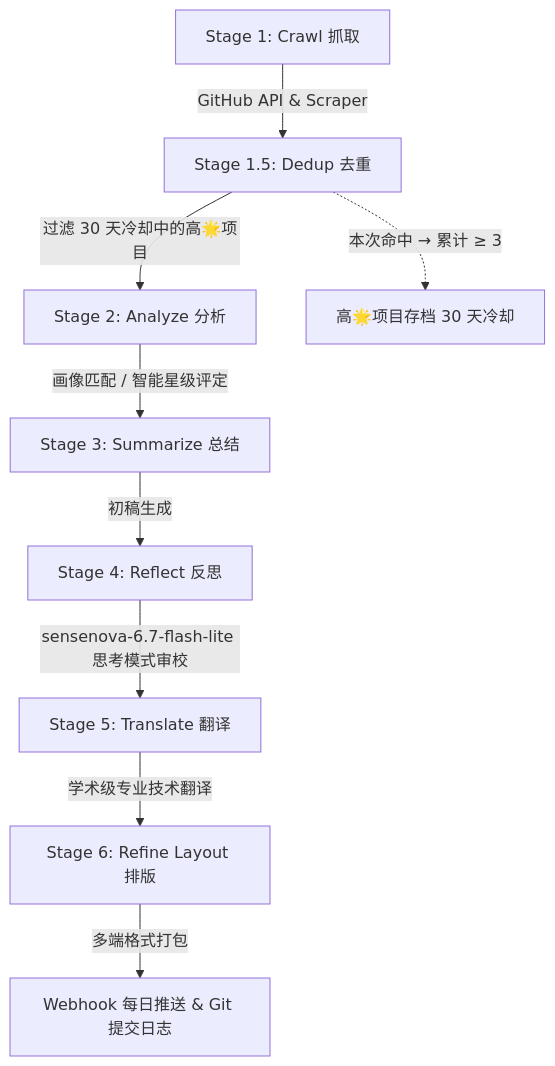
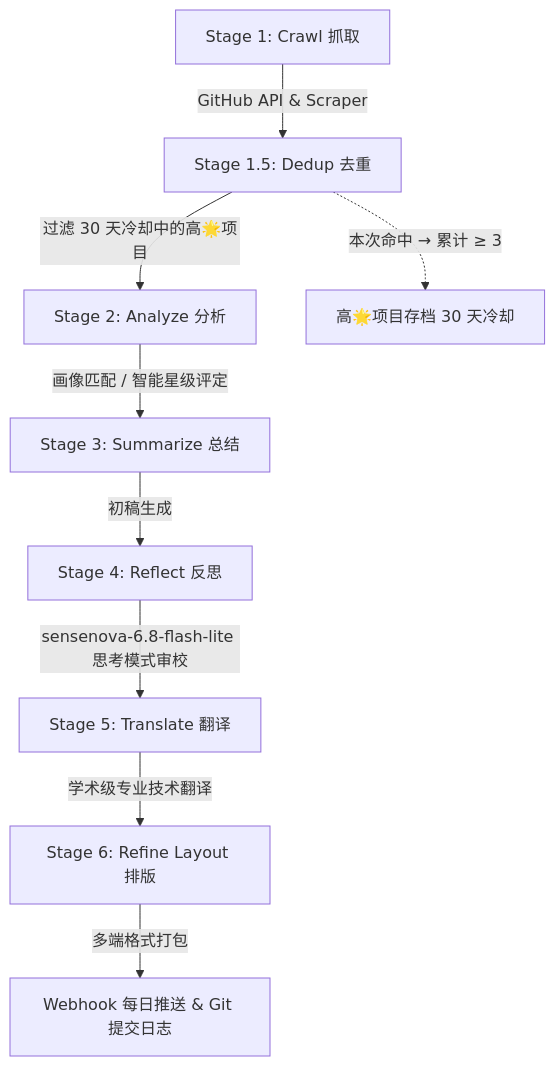
The diagram in README.md (Golden0Voyager/auto_github), drawn with Mermaid before and after one commit. The commit also changed other lines of this file and 3 other files, not shown here.

First line of the commit message:
fix(config): replace dead sensenova-6.7-flash-lite with 6.8-flash-lite

````diff
--- a/README.md
+++ b/README.md
@@ -29,11 +29,11 @@
 ```mermaid
 graph TD
     A[Stage 1: Crawl 抓取] -->|GitHub API & Scraper| B[Stage 1.5: Dedup 去重]
     B -->|过滤 30 天冷却中的高🌟项目| C[Stage 2: Analyze 分析]
     C -->|画像匹配 / 智能星级评定| D[Stage 3: Summarize 总结]
     D -->|初稿生成| E[Stage 4: Reflect 反思]
-    E -->|sensenova-6.7-flash-lite 思考模式审校| F[Stage 5: Translate 翻译]
+    E -->|sensenova-6.8-flash-lite 思考模式审校| F[Stage 5: Translate 翻译]
     F -->|学术级专业技术翻译| G[Stage 6: Refine Layout 排版]
     G -->|多端格式打包| H[Webhook 每日推送 & Git 提交日志]
     B -.->|本次命中 → 累计 ≥ 3| I[高🌟项目存档 30 天冷却]
 ```
````
